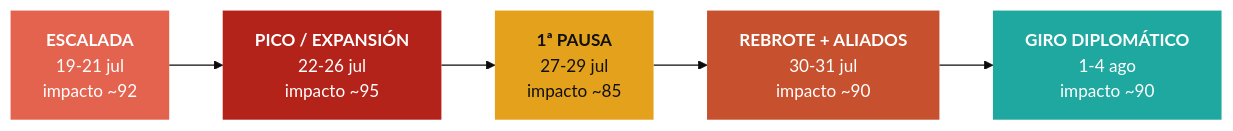
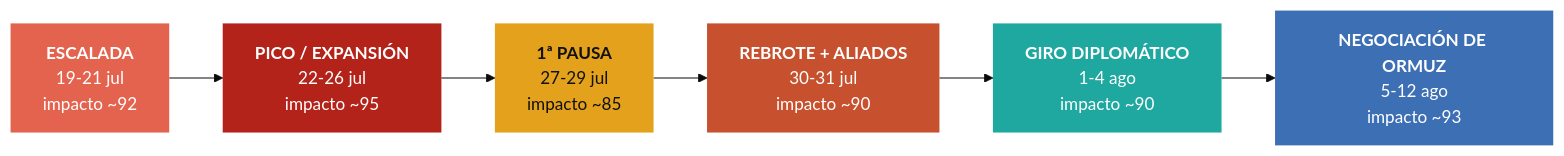
The diagram in global-pulse/data/global-brain/Global Brain/40 · Analisis/Tendencias — Conflicto Iran vs EEUU.md (msusffalich/covid), drawn with Mermaid (base theme) before and after one commit. The commit also changed other lines of this file and 4 other files, not shown here.

````diff
--- a/global-pulse/data/global-brain/Global Brain/40 · Analisis/Tendencias — Conflicto Iran vs EEUU.md
+++ b/global-pulse/data/global-brain/Global Brain/40 · Analisis/Tendencias — Conflicto Iran vs EEUU.md
@@ -17,14 +20,16 @@
 ```mermaid
 flowchart LR
     A["<b>ESCALADA</b><br/>19-21 jul<br/>impacto ~92"]:::esc
     B["<b>PICO / EXPANSIÓN</b><br/>22-26 jul<br/>impacto ~95"]:::pico
     C["<b>1ª PAUSA</b><br/>27-29 jul<br/>impacto ~85"]:::pausa
     D["<b>REBROTE + ALIADOS</b><br/>30-31 jul<br/>impacto ~90"]:::reb
     E["<b>GIRO DIPLOMÁTICO</b><br/>1-4 ago<br/>impacto ~90"]:::dip
-    A --> B --> C --> D --> E
+    F["<b>NEGOCIACIÓN DE ORMUZ</b><br/>5-12 ago<br/>impacto ~93"]:::neg
+    A --> B --> C --> D --> E --> F
     classDef esc fill:#E4634F,color:#fff,stroke:none
     classDef pico fill:#B3231A,color:#fff,stroke:none
     classDef pausa fill:#E4A11B,color:#111,stroke:none
     classDef reb fill:#C7502E,color:#fff,stroke:none
     classDef dip fill:#1FA8A0,color:#fff,stroke:none
+    classDef neg fill:#3D6FB4,color:#fff,stroke:none
 ```
````
